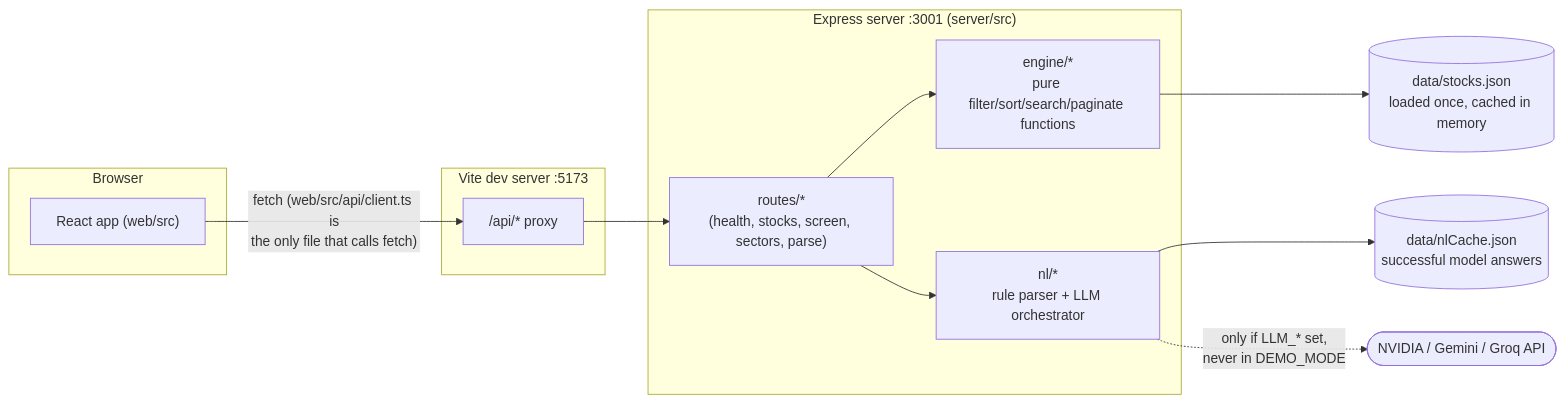
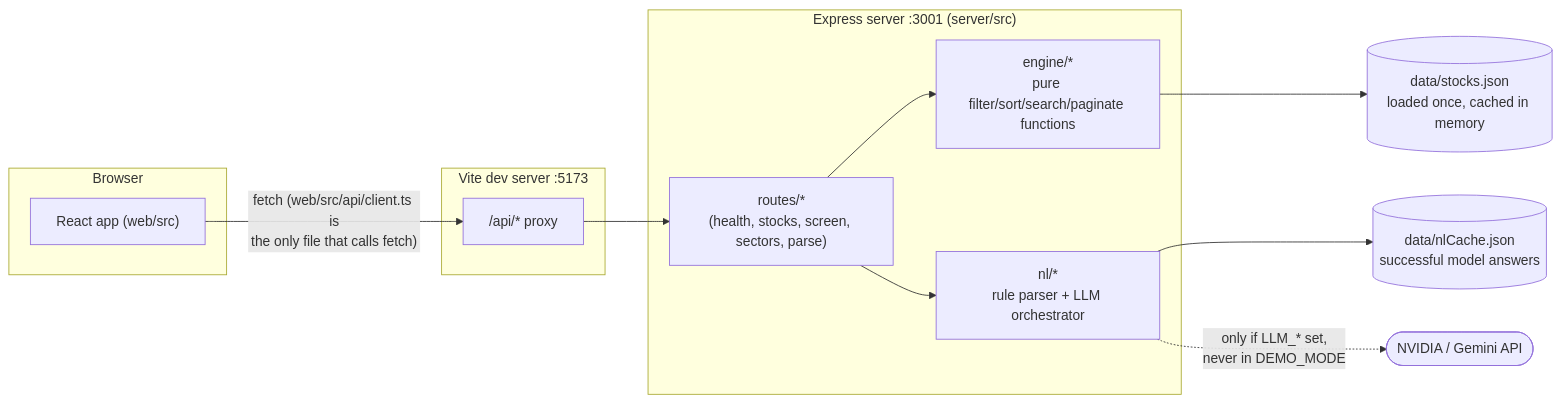
One commit to AlfredBateman/StockPilot changed the first of 2 diagrams in README.md. Above: the diagram before and after it, drawn with Mermaid. The commit also changed other lines of this file and 2 other files, not shown here.

Commit message:
Remove the Groq LLM provider

````diff
--- a/README.md
+++ b/README.md
@@ -107,25 +107,25 @@
 ```mermaid
 graph LR
     subgraph Browser
         UI["React app (web/src)"]
     end
     subgraph "Vite dev server :5173"
         Proxy["/api/* proxy"]
     end
     subgraph "Express server :3001 (server/src)"
         Routes["routes/*<br/>(health, stocks, screen, sectors, parse)"]
         Engine["engine/*<br/>pure filter/sort/search/paginate functions"]
         NL["nl/*<br/>rule parser + LLM orchestrator"]
     end
     Snapshot[("data/stocks.json<br/>loaded once, cached in memory")]
     Cache[("data/nlCache.json<br/>successful model answers")]
-    LLM(["NVIDIA / Gemini / Groq API"])
+    LLM(["NVIDIA / Gemini API"])
 
     UI -- "fetch (web/src/api/client.ts is\nthe only file that calls fetch)" --> Proxy
     Proxy --> Routes
     Routes --> Engine
     Routes --> NL
     Engine --> Snapshot
     NL --> Cache
     NL -. "only if LLM_* set,\nnever in DEMO_MODE" .-> LLM
 ```
````
